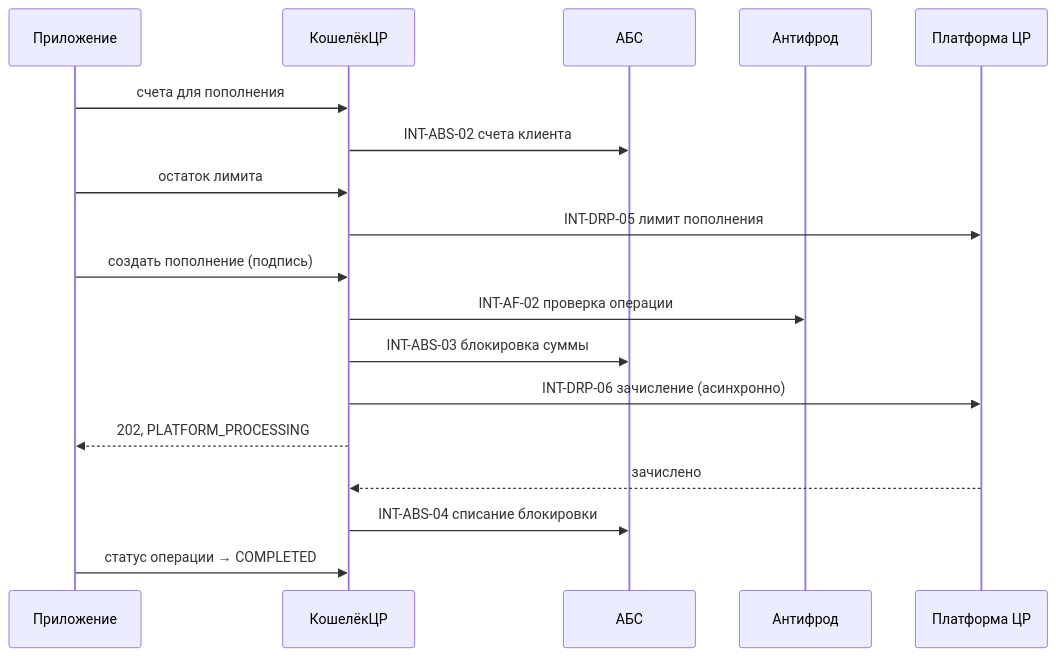
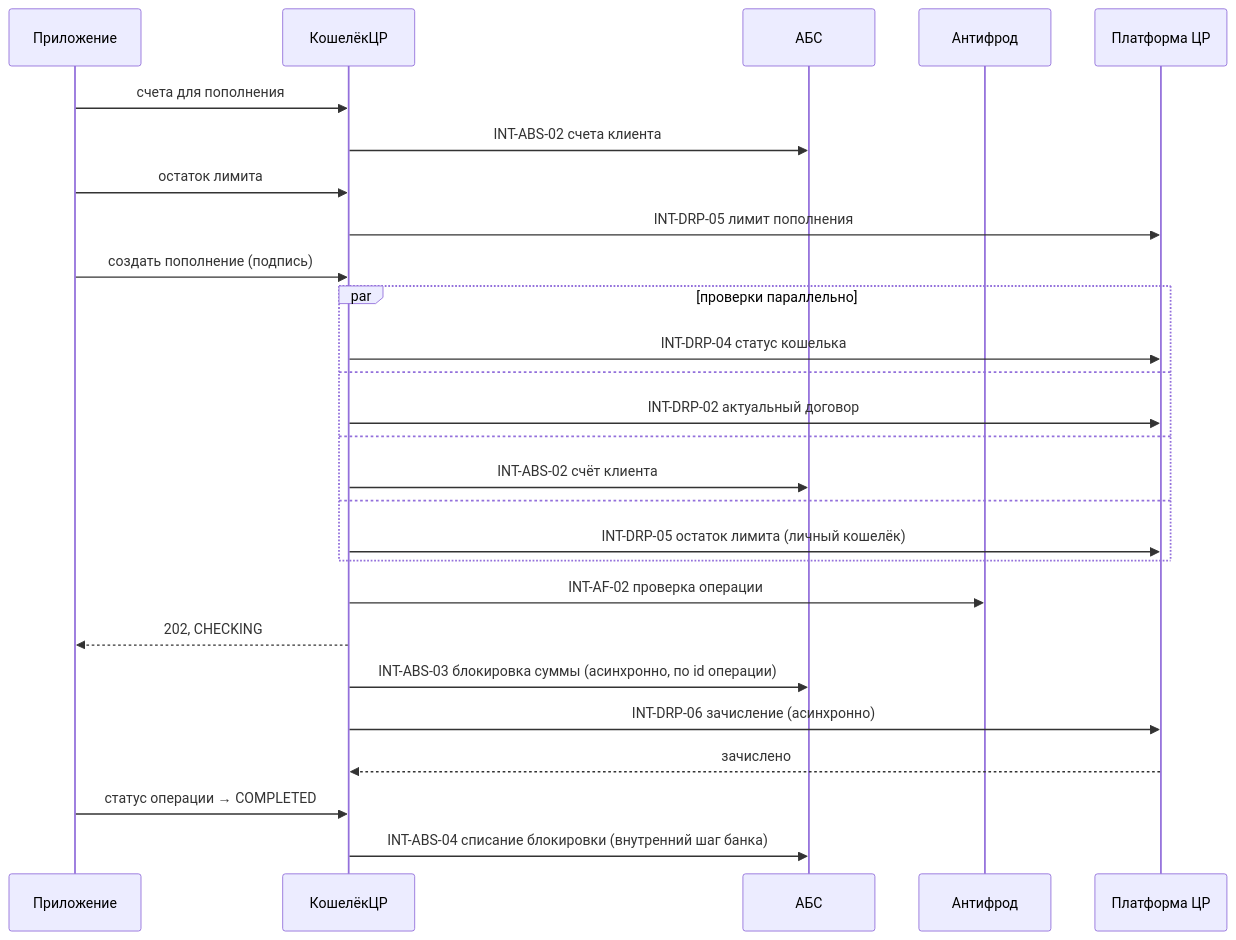
The second of 2 diagrams in knowledge/context/koshelek-cr/integrations.md (ZvonMonet/open-API-spec-for-digital-rub-skill), drawn with Mermaid before and after one commit. The commit also changed other lines of this file and 3 other files, not shown here.

````diff
--- a/knowledge/context/koshelek-cr/integrations.md
+++ b/knowledge/context/koshelek-cr/integrations.md
@@ -62,20 +62,29 @@
 ```mermaid
 sequenceDiagram
     participant App as Приложение
     participant M as КошелёкЦР
     participant ABS as АБС
     participant AF as Антифрод
     participant DRP as Платформа ЦР
     App->>M: счета для пополнения
     M->>ABS: INT-ABS-02 счета клиента
     App->>M: остаток лимита
     M->>DRP: INT-DRP-05 лимит пополнения
     App->>M: создать пополнение (подпись)
+    par проверки параллельно
+        M->>DRP: INT-DRP-04 статус кошелька
+    and
+        M->>DRP: INT-DRP-02 актуальный договор
+    and
+        M->>ABS: INT-ABS-02 счёт клиента
+    and
+        M->>DRP: INT-DRP-05 остаток лимита (личный кошелёк)
+    end
     M->>AF: INT-AF-02 проверка операции
-    M->>ABS: INT-ABS-03 блокировка суммы
+    M-->>App: 202, CHECKING
+    M->>ABS: INT-ABS-03 блокировка суммы (асинхронно, по id операции)
     M->>DRP: INT-DRP-06 зачисление (асинхронно)
-    M-->>App: 202, PLATFORM_PROCESSING
     DRP-->>M: зачислено
-    M->>ABS: INT-ABS-04 списание блокировки
     App->>M: статус операции → COMPLETED
+    M->>ABS: INT-ABS-04 списание блокировки (внутренний шаг банка)
 ```
````
